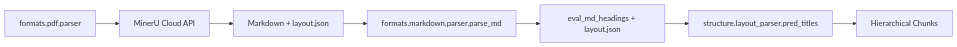
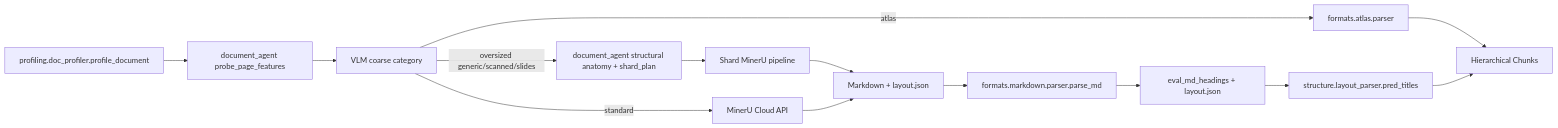
Before and after one commit to getsyntegrity/knowhere: the third of 4 diagrams in AGENTS.md, drawn with Mermaid. The commit also changed other lines of this file and 33 other files, not shown here.

First line of the commit message:
feat: unify PDF document profile routing (#141)

````diff
--- a/AGENTS.md
+++ b/AGENTS.md
@@ -192,9 +197,16 @@
 ```mermaid
 flowchart LR
-    PDF[formats.pdf.parser] --> MinerU[MinerU Cloud API]
-    MinerU --> MDFile[Markdown + layout.json]
+    PDF[profiling.doc_profiler.profile_document] --> Probe[document_agent probe_page_features]
+    Probe --> Coarse[VLM coarse category]
+    Coarse -->|atlas| Atlas[formats.atlas.parser]
+    Coarse -->|oversized generic/scanned/slides| Anatomy[document_agent structural anatomy + shard_plan]
+    Coarse -->|standard| MinerU[MinerU Cloud API]
+    Anatomy --> Shards[Shard MinerU pipeline]
+    Shards --> MDFile[Markdown + layout.json]
+    Atlas --> Chunks[Atlas page chunks]
+    MinerU --> MDFile
     MDFile --> MDParser[formats.markdown.parser.parse_md]
     MDParser --> EvalHeadings[eval_md_headings + layout.json]
     EvalHeadings --> PredTitles[structure.layout_parser.pred_titles]
     PredTitles --> Chunks[Hierarchical Chunks]
 ```
````
